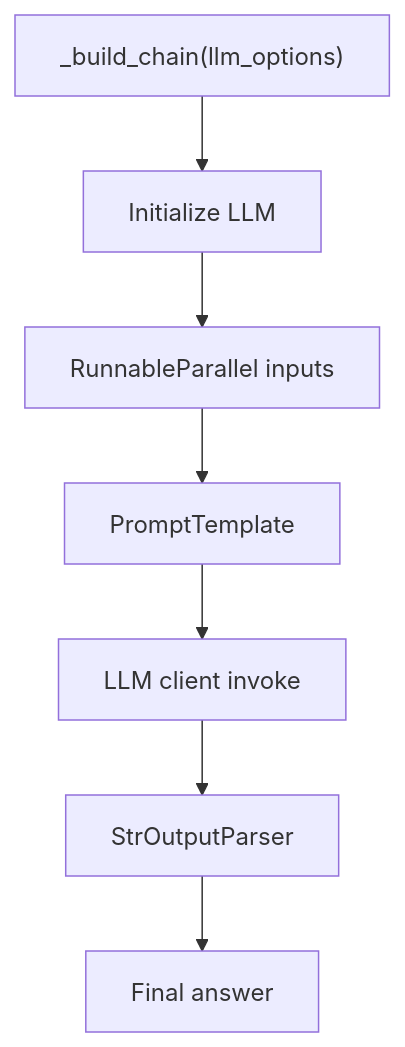
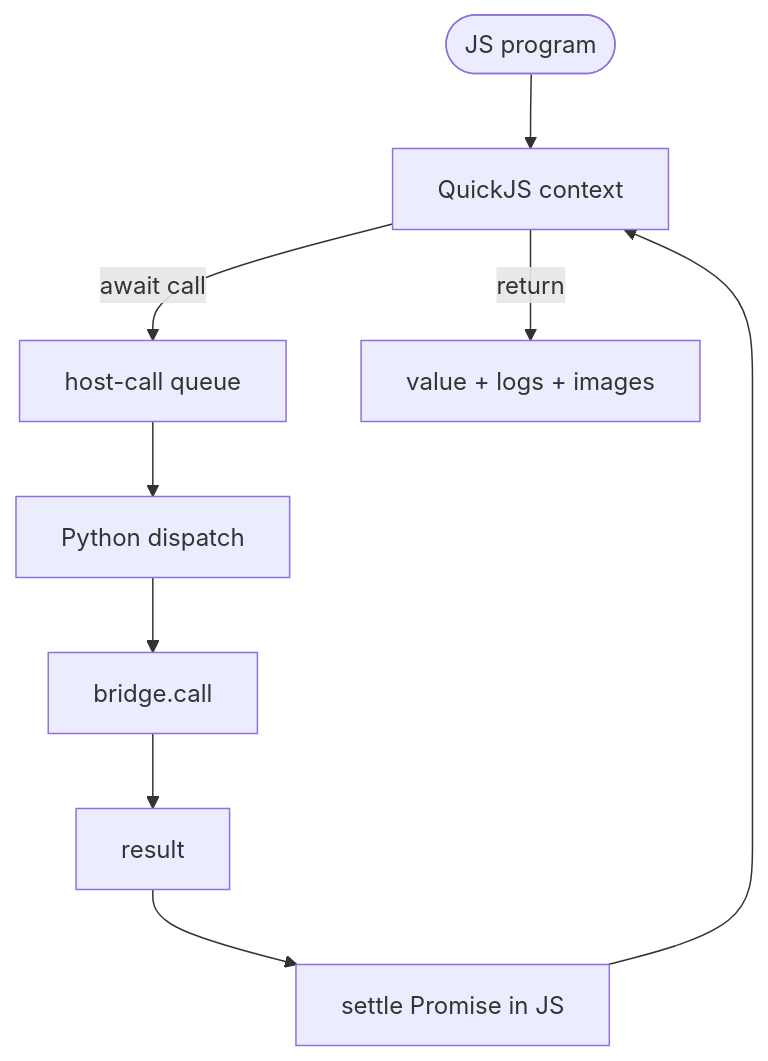
The fourth of 6 diagrams in src/data/docs/agentic-browser/MCP Server.md (tashifkhan/tashif.codes), drawn with Mermaid before and after one commit. The commit also changed other lines of this file and 114 other files, not shown here.

````diff
--- a/src/data/docs/agentic-browser/MCP Server.md
+++ b/src/data/docs/agentic-browser/MCP Server.md
@@ -125,9 +115,11 @@
 ```mermaid
 flowchart TD
-Build["_build_chain(llm_options)"] --> LLM["Initialize LLM"]
-LLM --> Chain["RunnableParallel inputs"]
-Chain --> Prompt["PromptTemplate"]
-Prompt --> Invoke["LLM client invoke"]
-Invoke --> Parse["StrOutputParser"]
-Parse --> Result["Final answer"]
+  Code(["JS program"]) --> QuickJS["QuickJS context"]
+  QuickJS -->|"await call"| Queue["host-call queue"]
+  Queue --> Host["Python dispatch"]
+  Host --> Bridge["bridge.call"]
+  Bridge --> Result["result"]
+  Result --> Settle["settle Promise in JS"]
+  Settle --> QuickJS
+  QuickJS -->|"return"| Output["value + logs + images"]
 ```
````
